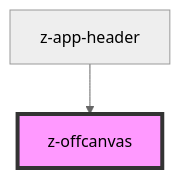
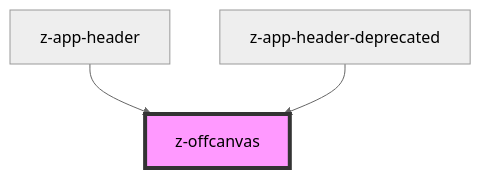
One commit to ZanichelliEditore/design-system changed the diagram in src/components/z-offcanvas/readme.md. Above: the diagram before and after it, drawn with Mermaid (neutral theme). The commit also changed other lines of this file and 20 other files, not shown here.

````diff
--- a/src/components/z-offcanvas/readme.md
+++ b/src/components/z-offcanvas/readme.md
@@ -44,5 +45,6 @@
 ```mermaid
 graph TD;
   z-app-header --> z-offcanvas
+  z-app-header-deprecated --> z-offcanvas
   style z-offcanvas fill:#f9f,stroke:#333,stroke-width:4px
 ```
````
